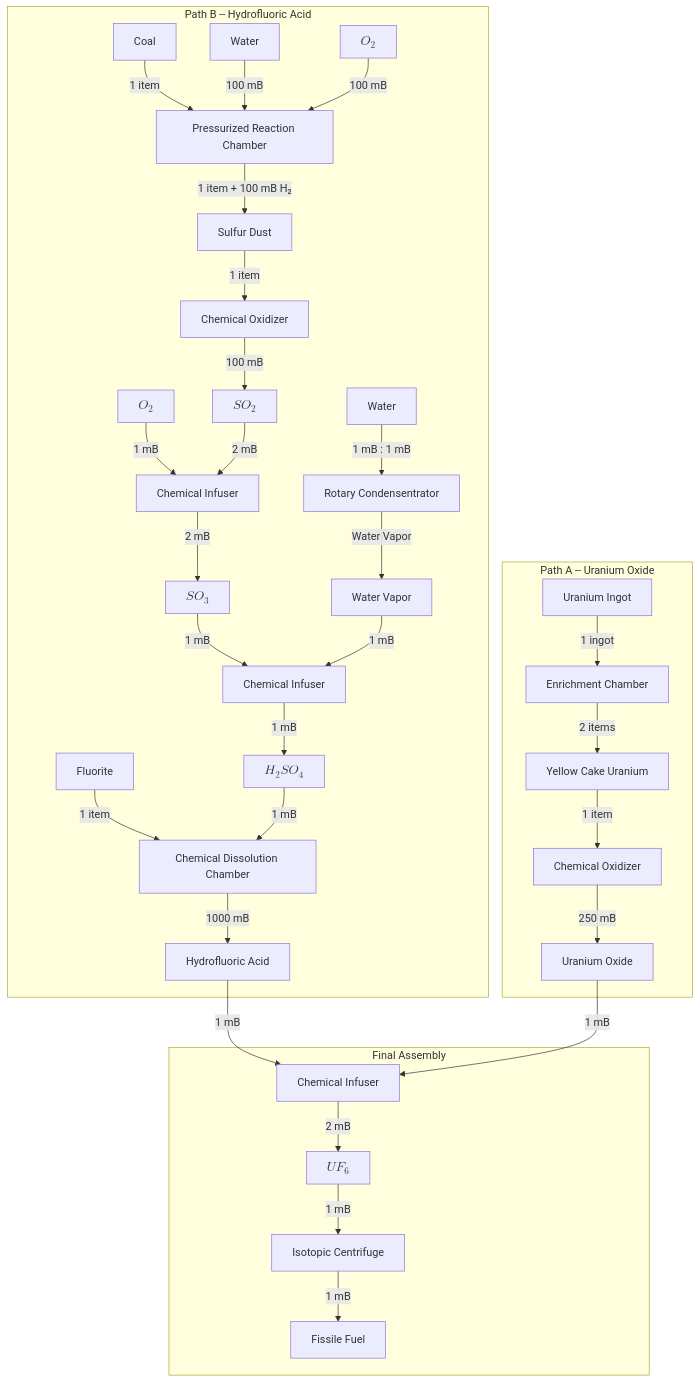
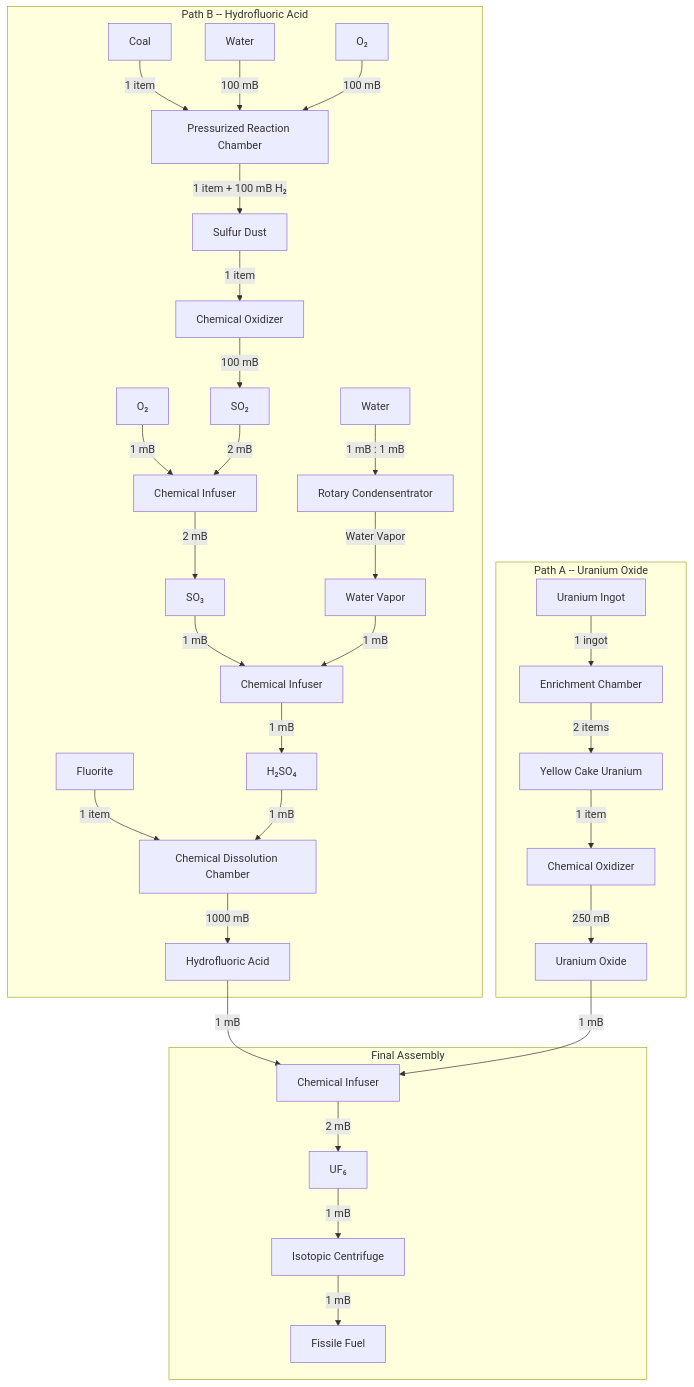
Before and after one commit to Kiwifan1/Kiwifan1.github.io: the first of 3 diagrams in docs/mekanism/fissile-fuel-production.md, drawn with Mermaid. The commit also changed other lines of this file and 3 other files, not shown here.

Commit message:
Fix speed formula to exponential, fix Mermaid diagrams and KaTeX, update worked example

````diff
--- a/docs/mekanism/fissile-fuel-production.md
+++ b/docs/mekanism/fissile-fuel-production.md
@@ -7,37 +7,37 @@
 ```mermaid
 flowchart TD
     subgraph PathA["Path A -- Uranium Oxide"]
         UI["Uranium Ingot"] -->|"1 ingot"| EC["Enrichment Chamber"]
         EC -->|"2 items"| YC["Yellow Cake Uranium"]
         YC -->|"1 item"| COu["Chemical Oxidizer"]
         COu -->|"250 mB"| UO["Uranium Oxide"]
     end
 
     subgraph PathB["Path B -- Hydrofluoric Acid"]
         Coal["Coal"] -->|"1 item"| PRC["Pressurized Reaction Chamber"]
         Water1["Water"] -->|"100 mB"| PRC
-        O2a["$$O_2$$"] -->|"100 mB"| PRC
+        O2a["O₂"] -->|"100 mB"| PRC
         PRC -->|"1 item + 100 mB H₂"| SD["Sulfur Dust"]
         SD -->|"1 item"| COs["Chemical Oxidizer"]
-        COs -->|"100 mB"| SO2["$$SO_2$$"]
-        O2b["$$O_2$$"] -->|"1 mB"| CI1["Chemical Infuser"]
+        COs -->|"100 mB"| SO2["SO₂"]
+        O2b["O₂"] -->|"1 mB"| CI1["Chemical Infuser"]
         SO2 -->|"2 mB"| CI1
-        CI1 -->|"2 mB"| SO3["$$SO_3$$"]
+        CI1 -->|"2 mB"| SO3["SO₃"]
         Water2["Water"] -->|"1 mB : 1 mB"| RC["Rotary Condensentrator"]
         RC -->|"Water Vapor"| WV["Water Vapor"]
         SO3 -->|"1 mB"| CI2["Chemical Infuser"]
         WV -->|"1 mB"| CI2
-        CI2 -->|"1 mB"| H2SO4["$$H_2SO_4$$"]
+        CI2 -->|"1 mB"| H2SO4["H₂SO₄"]
         Fluorite["Fluorite"] -->|"1 item"| CDC["Chemical Dissolution Chamber"]
         H2SO4 -->|"1 mB"| CDC
         CDC -->|"1000 mB"| HF["Hydrofluoric Acid"]
     end
 
     subgraph Final["Final Assembly"]
         HF -->|"1 mB"| CI3["Chemical Infuser"]
         UO -->|"1 mB"| CI3
-        CI3 -->|"2 mB"| UF6["$$UF_6$$"]
+        CI3 -->|"2 mB"| UF6["UF₆"]
         UF6 -->|"1 mB"| IC["Isotopic Centrifuge"]
         IC -->|"1 mB"| FF["Fissile Fuel"]
     end
 ```
````
